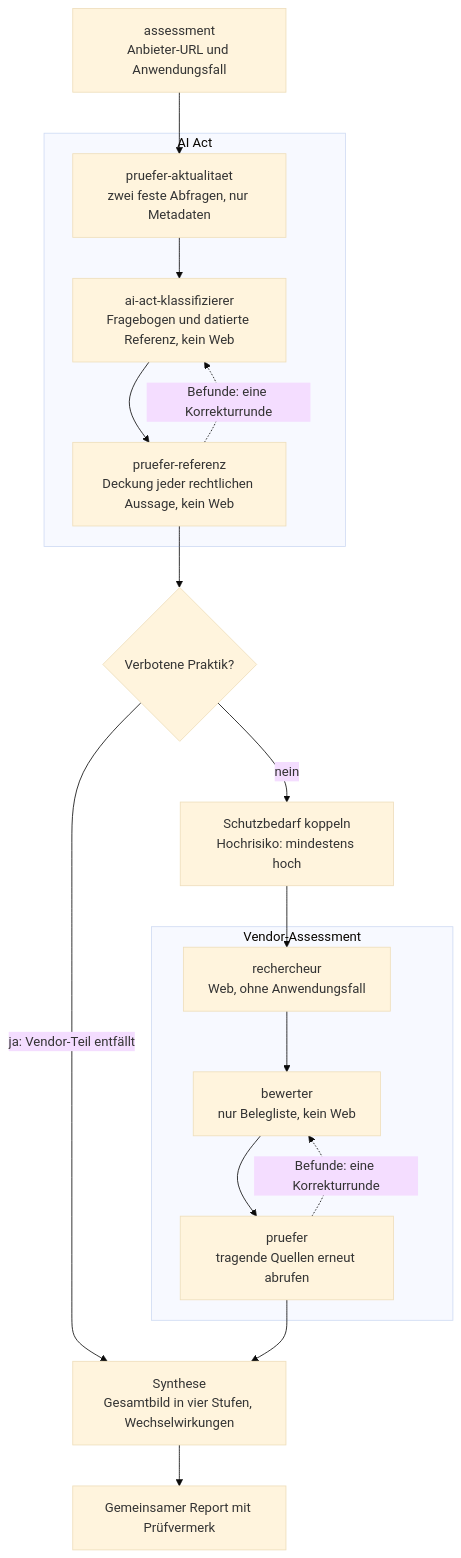
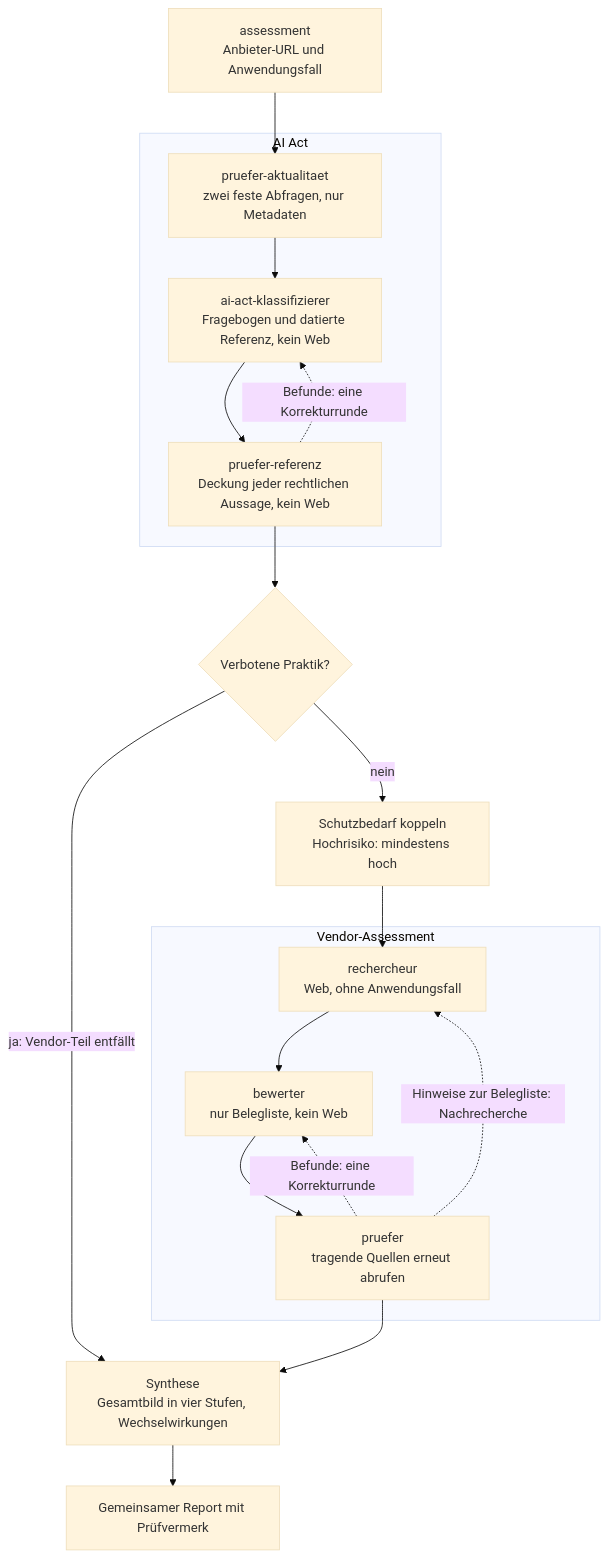
The diagram in README.md (m4tkm7g56f-collab/misterknista), drawn with Mermaid (base theme) before and after one commit. The commit also changed other lines of this file and 6 other files, not shown here.

````diff
--- a/README.md
+++ b/README.md
@@ -132,24 +132,25 @@
 ```mermaid
 flowchart TD
     E["assessment<br/>Anbieter-URL und Anwendungsfall"] --> A
 
     subgraph AI["AI Act"]
         A["pruefer-aktualitaet<br/>zwei feste Abfragen, nur Metadaten"] --> K
         K["ai-act-klassifizierer<br/>Fragebogen und datierte Referenz, kein Web"] --> PR["pruefer-referenz<br/>Deckung jeder rechtlichen Aussage, kein Web"]
         PR -. "Befunde: eine Korrekturrunde" .-> K
     end
 
     PR --> V{"Verbotene Praktik?"}
     V -- "ja: Vendor-Teil entfällt" --> S
     V -- nein --> SB["Schutzbedarf koppeln<br/>Hochrisiko: mindestens hoch"]
     SB --> R
 
     subgraph VA["Vendor-Assessment"]
         R["rechercheur<br/>Web, ohne Anwendungsfall"] --> B["bewerter<br/>nur Belegliste, kein Web"]
         B --> P["pruefer<br/>tragende Quellen erneut abrufen"]
+        P -. "Hinweise zur Belegliste: Nachrecherche" .-> R
         P -. "Befunde: eine Korrekturrunde" .-> B
     end
 
     P --> S["Synthese<br/>Gesamtbild in vier Stufen, Wechselwirkungen"]
     S --> REP["Gemeinsamer Report mit Prüfvermerk"]
 ```
````
